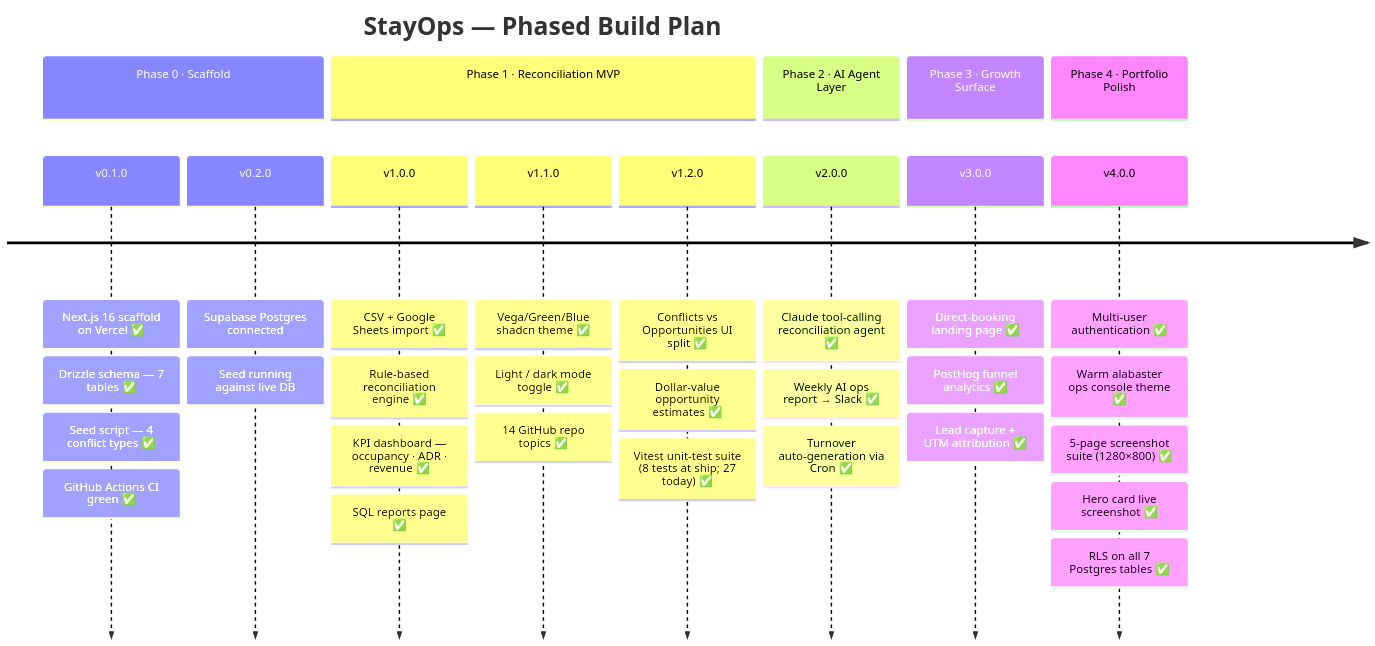
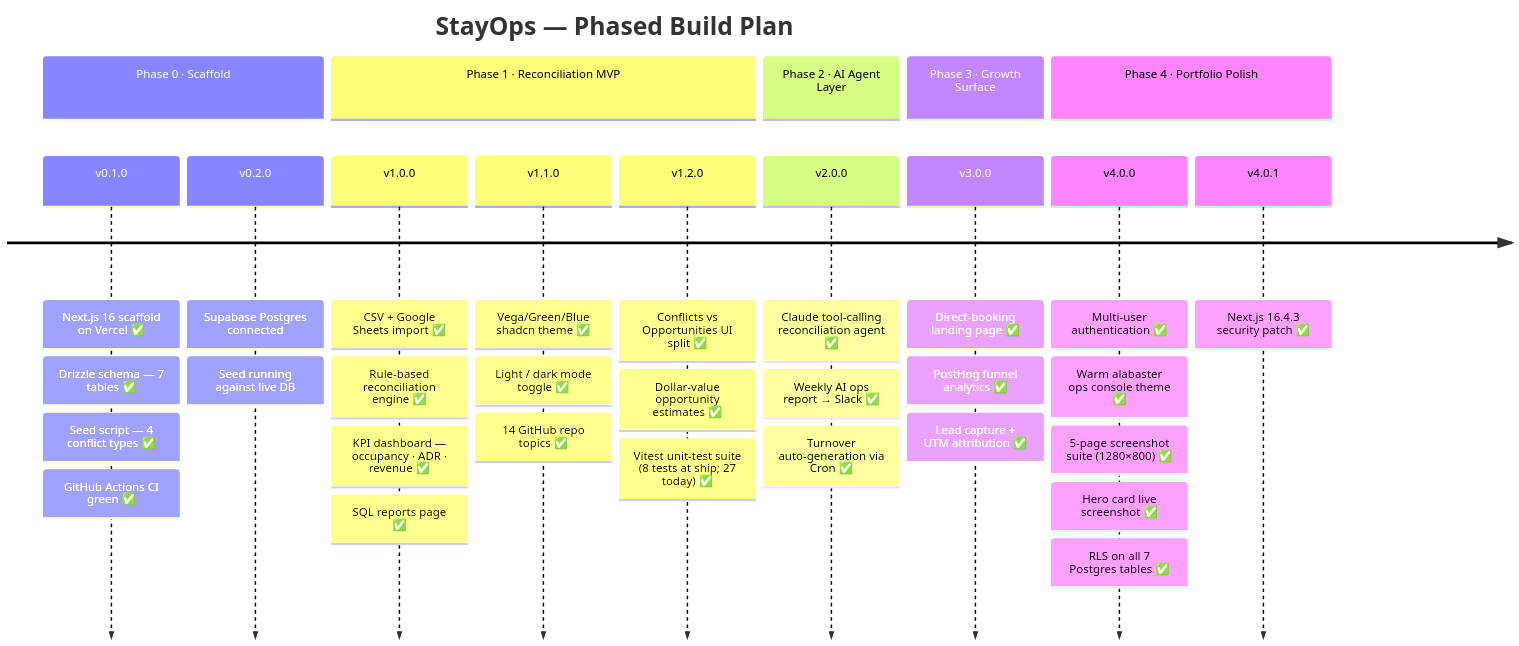
Before and after one commit to deepan-mehta-analytics/stayops: the second of 2 diagrams in README.md, drawn with Mermaid. The commit also changed other lines of this file and 2 other files, not shown here.

First line of the commit message:
chore(release): v4.0.1 security patch

````diff
--- a/README.md
+++ b/README.md
@@ -577,36 +577,37 @@
 ```mermaid
 timeline
     title StayOps — Phased Build Plan
     section Phase 0 · Scaffold
         v0.1.0 : Next.js 16 scaffold on Vercel ✅
                : Drizzle schema — 7 tables ✅
                : Seed script — 4 conflict types ✅
                : GitHub Actions CI green ✅
         v0.2.0 : Supabase Postgres connected
                : Seed running against live DB
     section Phase 1 · Reconciliation MVP
         v1.0.0 : CSV + Google Sheets import ✅
                : Rule-based reconciliation engine ✅
                : KPI dashboard — occupancy · ADR · revenue ✅
                : SQL reports page ✅
         v1.1.0 : Vega/Green/Blue shadcn theme ✅
                : Light / dark mode toggle ✅
                : 14 GitHub repo topics ✅
         v1.2.0 : Conflicts vs Opportunities UI split ✅
                : Dollar-value opportunity estimates ✅
                : Vitest unit-test suite (8 tests at ship; 27 today) ✅
     section Phase 2 · AI Agent Layer
         v2.0.0 : Claude tool-calling reconciliation agent ✅
                : Weekly AI ops report → Slack ✅
                : Turnover auto-generation via Cron ✅
     section Phase 3 · Growth Surface
         v3.0.0 : Direct-booking landing page ✅
                : PostHog funnel analytics ✅
                : Lead capture + UTM attribution ✅
     section Phase 4 · Portfolio Polish
         v4.0.0 : Multi-user authentication ✅
                : Warm alabaster ops console theme ✅
                : 5-page screenshot suite (1280×800) ✅
                : Hero card live screenshot ✅
                : RLS on all 7 Postgres tables ✅
+        v4.0.1 : Next.js 16.4.3 security patch ✅
 ```
````
